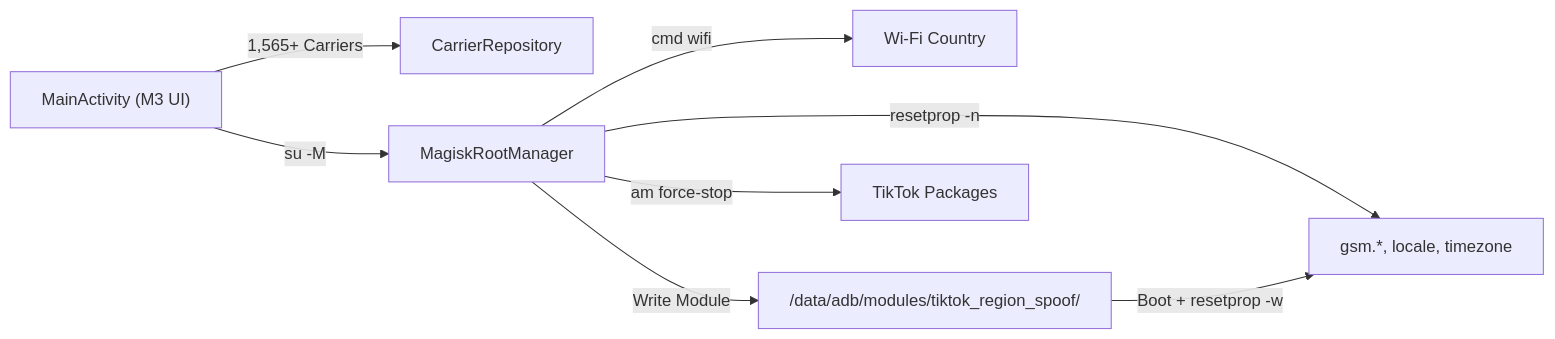
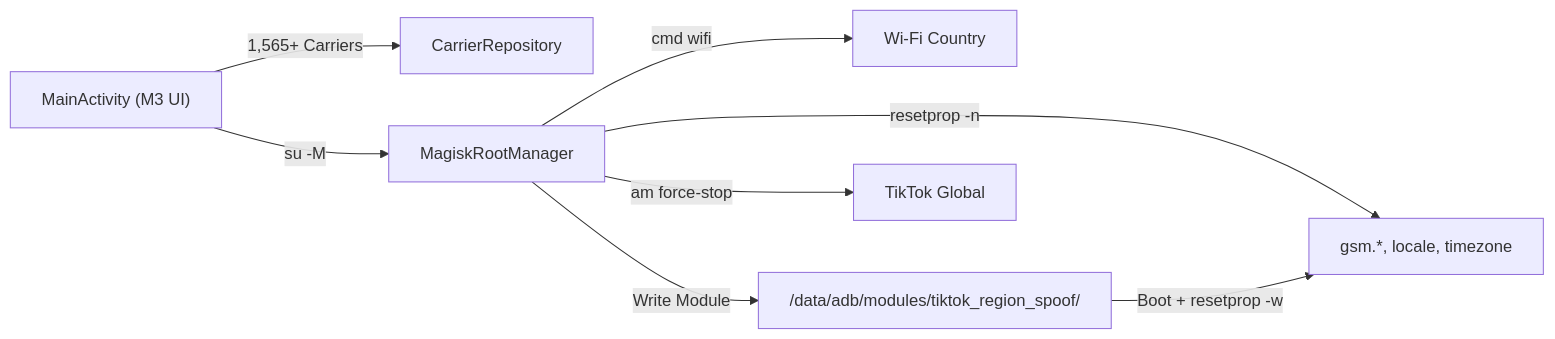
One commit to ericclose/TikTokRegionSpoof changed the diagram in README.md. Above: the diagram before and after it, drawn with Mermaid. The commit also changed other lines of this file and 3 other files, not shown here.

````diff
--- a/README.md
+++ b/README.md
@@ -15,10 +15,10 @@
 ```mermaid
 flowchart LR
     UI["MainActivity (M3 UI)"] -->|"1,565+ Carriers"| Repo["CarrierRepository"]
     UI -->|"su -M"| Root["MagiskRootManager"]
     Root -->|"resetprop -n"| Props["gsm.*, locale, timezone"]
     Root -->|"cmd wifi"| Wifi["Wi-Fi Country"]
     Root -->|"Write Module"| Mod["/data/adb/modules/tiktok_region_spoof/"]
     Mod -->|"Boot + resetprop -w"| Props
-    Root -->|"am force-stop"| TT["TikTok Packages"]
+    Root -->|"am force-stop"| TT["TikTok Global"]
 ```
````
